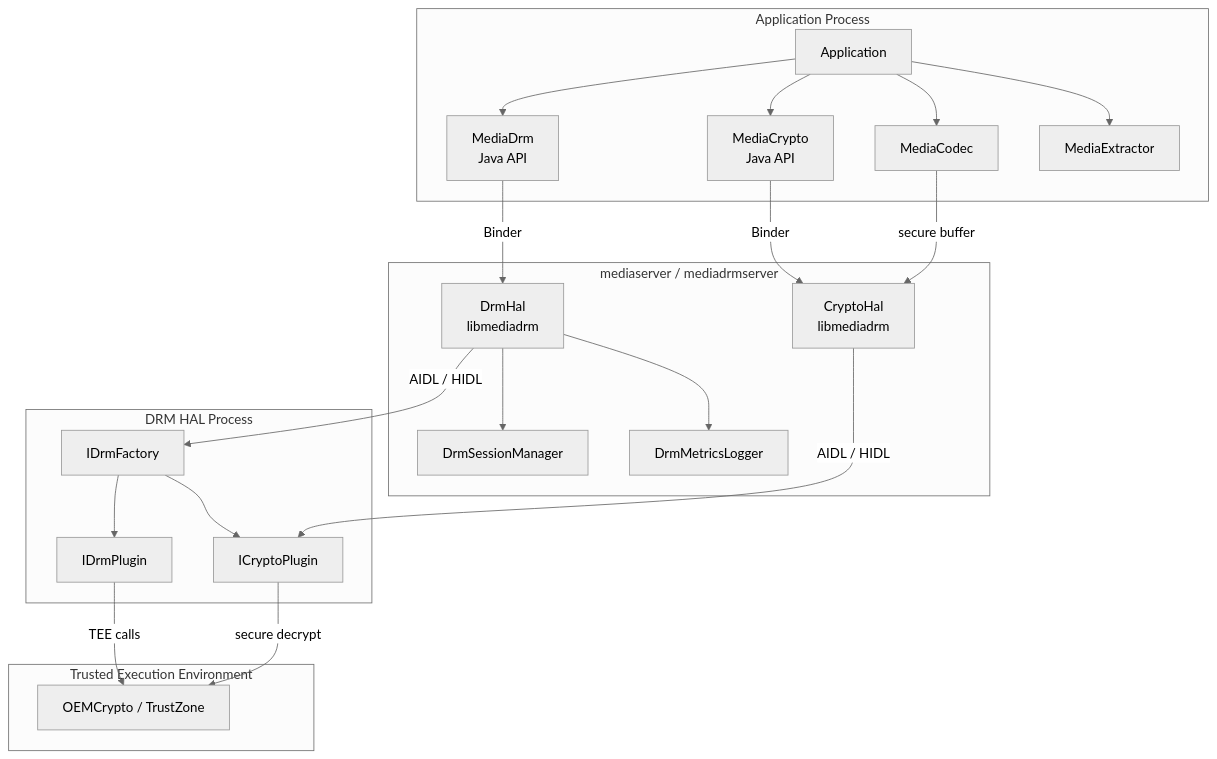
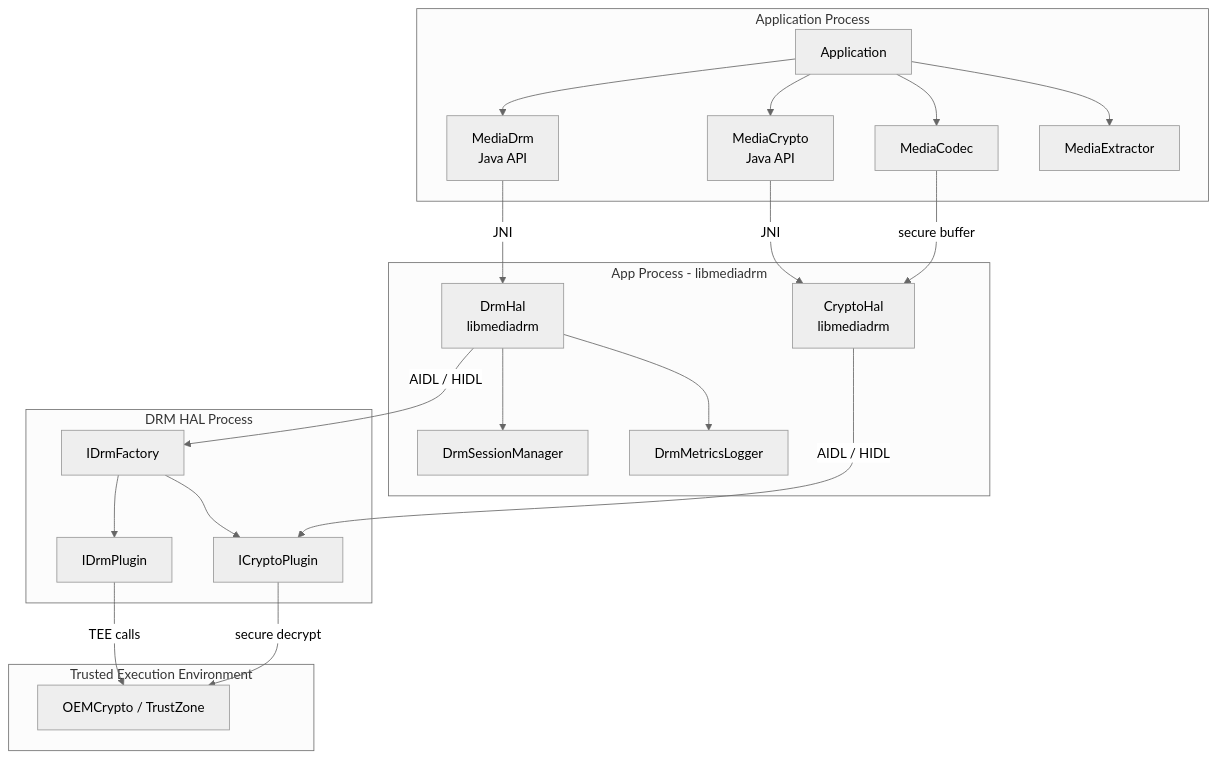
One commit to aospbooks/aosp-internal-book changed the first of 16 diagrams in 42-drm.md. Above: the diagram before and after it, drawn with Mermaid (neutral theme). The commit also changed other lines of this file and 218 other files, not shown here.

````diff
--- a/42-drm.md
+++ b/42-drm.md
@@ -65,47 +68,47 @@
 ```mermaid
 graph TB
     subgraph "Application Process"
         APP[Application]
         MD["MediaDrm<br/>Java API"]
         MC["MediaCrypto<br/>Java API"]
         CODEC[MediaCodec]
         EXT[MediaExtractor]
     end
 
-    subgraph "mediaserver / mediadrmserver"
+    subgraph "App Process - libmediadrm"
         DH["DrmHal<br/>libmediadrm"]
         CH["CryptoHal<br/>libmediadrm"]
         DSM[DrmSessionManager]
         DML[DrmMetricsLogger]
     end
 
     subgraph "DRM HAL Process"
         DF[IDrmFactory]
         DP[IDrmPlugin]
         CP[ICryptoPlugin]
     end
 
     subgraph "Trusted Execution Environment"
         TEE[OEMCrypto / TrustZone]
     end
 
     APP --> MD
     APP --> MC
     APP --> CODEC
     APP --> EXT
 
-    MD -->|Binder| DH
-    MC -->|Binder| CH
+    MD -->|JNI| DH
+    MC -->|JNI| CH
     CODEC -->|secure buffer| CH
 
     DH --> DSM
     DH --> DML
     DH -->|AIDL / HIDL| DF
     DF --> DP
     DF --> CP
 
     CH -->|AIDL / HIDL| CP
 
     DP -->|TEE calls| TEE
     CP -->|secure decrypt| TEE
 ```
````
